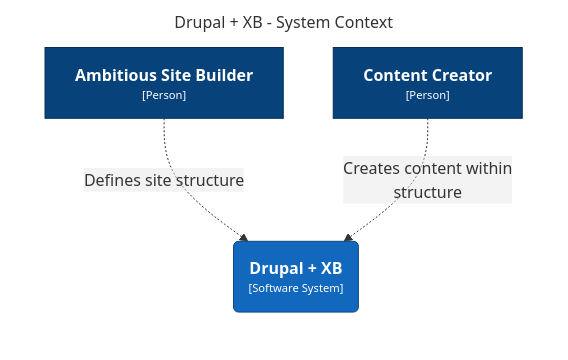
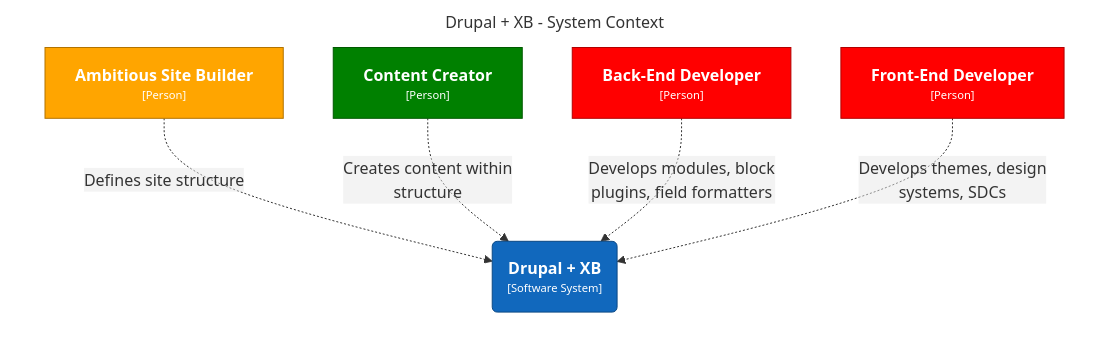
Before and after one commit to lauriii/canvas: the diagram in docs/diagrams/structurizr-SystemContext-001.md, drawn with Mermaid. The commit also changed 6 other files, not shown here.

Commit message:
Issue #3454677 by Wim Leers, ctrlADel: [PP-1] Diagram tying the product requirements + decisions together

````diff
--- a/docs/diagrams/structurizr-SystemContext-001.md
+++ b/docs/diagrams/structurizr-SystemContext-001.md
@@ -1,18 +1,24 @@
 ```mermaid
 graph LR
   linkStyle default fill:#ffffff
 
   subgraph diagram ["Drupal + XB - System Context"]
     style diagram fill:#ffffff,stroke:#ffffff
 
     1["<div style='font-weight: bold'>Ambitious Site Builder</div><div style='font-size: 70%; margin-top: 0px'>[Person]</div>"]
-    style 1 fill:#08427b,stroke:#052e56,color:#ffffff
+    style 1 fill:#ffa500,stroke:#b27300,color:#ffffff
     2["<div style='font-weight: bold'>Content Creator</div><div style='font-size: 70%; margin-top: 0px'>[Person]</div>"]
-    style 2 fill:#08427b,stroke:#052e56,color:#ffffff
-    3("<div style='font-weight: bold'>Drupal + XB</div><div style='font-size: 70%; margin-top: 0px'>[Software System]</div>")
-    style 3 fill:#1168bd,stroke:#0b4884,color:#ffffff
+    style 2 fill:#008000,stroke:#005900,color:#ffffff
+    3["<div style='font-weight: bold'>Front-End Developer</div><div style='font-size: 70%; margin-top: 0px'>[Person]</div>"]
+    style 3 fill:#ff0000,stroke:#b20000,color:#ffffff
+    4["<div style='font-weight: bold'>Back-End Developer</div><div style='font-size: 70%; margin-top: 0px'>[Person]</div>"]
+    style 4 fill:#ff0000,stroke:#b20000,color:#ffffff
+    5("<div style='font-weight: bold'>Drupal + XB</div><div style='font-size: 70%; margin-top: 0px'>[Software System]</div>")
+    style 5 fill:#1168bd,stroke:#0b4884,color:#ffffff
 
-    1-. "<div>Defines site structure</div><div style='font-size: 70%'></div>" .->3
-    2-. "<div>Creates content within<br />structure</div><div style='font-size: 70%'></div>" .->3
+    1-. "<div>Defines site structure</div><div style='font-size: 70%'></div>" .->5
+    2-. "<div>Creates content within<br />structure</div><div style='font-size: 70%'></div>" .->5
+    4-. "<div>Develops modules, block<br />plugins, field formatters</div><div style='font-size: 70%'></div>" .->5
+    3-. "<div>Develops themes, design<br />systems, SDCs</div><div style='font-size: 70%'></div>" .->5
   end
 ```
````
